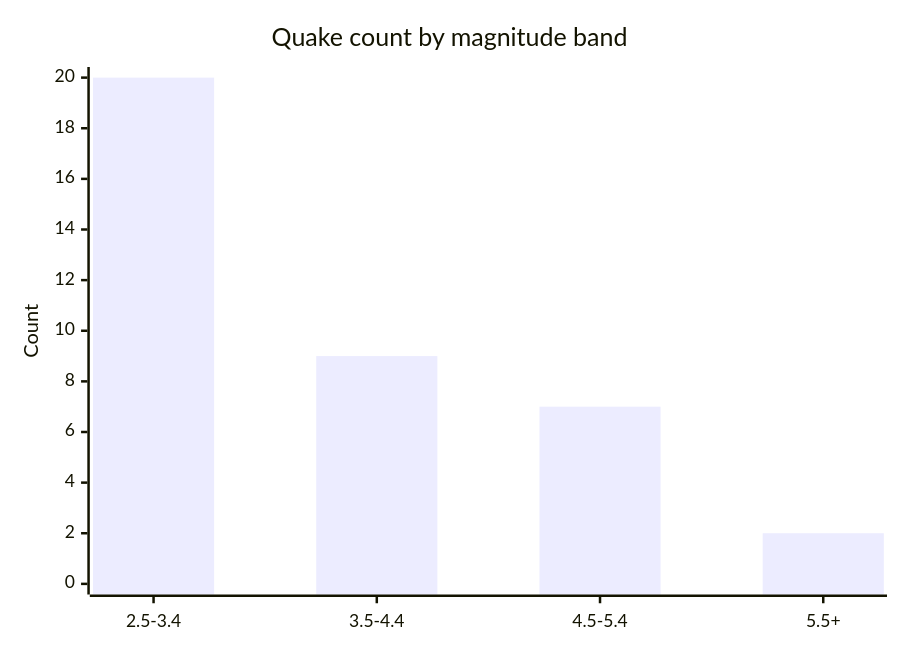
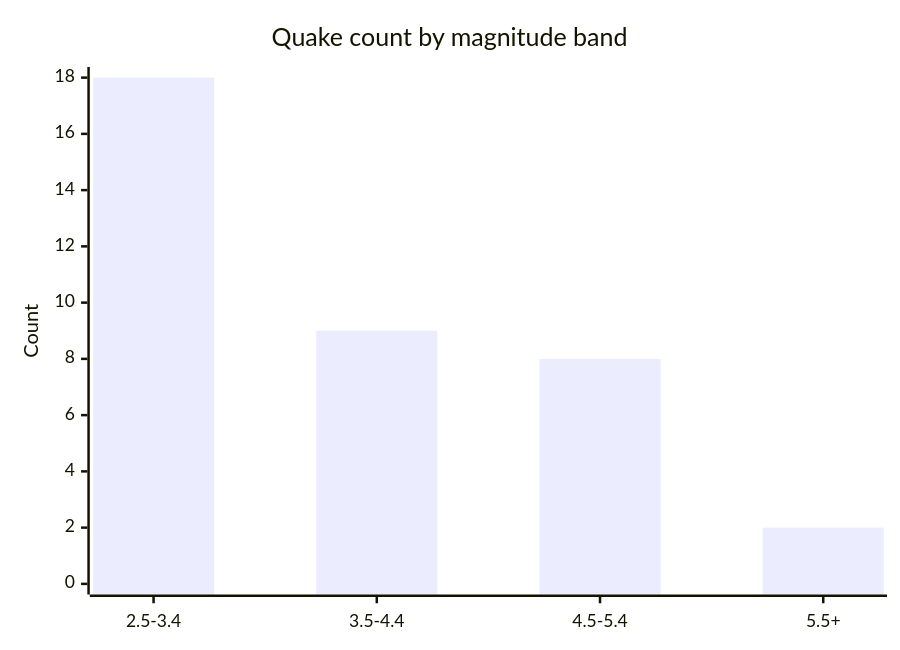
One commit to Midwest-Stratospheric/aerostratospheric-defense-gir changed the fifth of 6 diagrams in docs/GRAPHS.md. Above: the diagram before and after it, drawn with Mermaid. The commit also changed other lines of this file and 25 other files, not shown here.

````diff
--- a/docs/GRAPHS.md
+++ b/docs/GRAPHS.md
@@ -82,7 +82,7 @@
 ```mermaid
 xychart-beta
   title "Quake count by magnitude band"
   x-axis ["2.5-3.4", "3.5-4.4", "4.5-5.4", "5.5+"]
-  y-axis "Count" 0 --> 20
-  bar [20, 9, 7, 2]
+  y-axis "Count" 0 --> 18
+  bar [18, 9, 8, 2]
 ```
````
